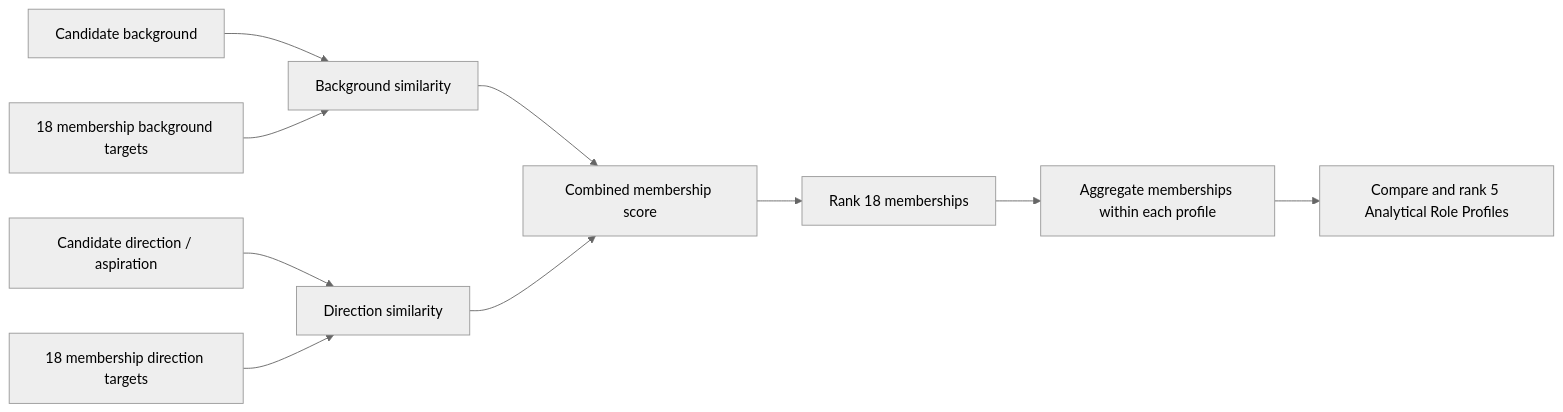
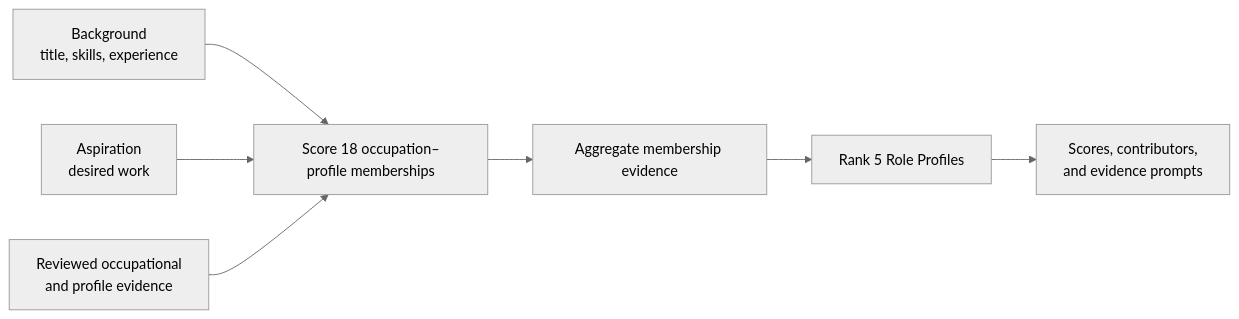
One commit to 813P/career-decision-support-system changed the diagram in README.md. Above: the diagram before and after it, drawn with Mermaid (neutral theme). The commit also changed other lines of this file and 2 other files, not shown here.

````diff
--- a/README.md
+++ b/README.md
@@ -43,12 +26,9 @@
 ```mermaid
 flowchart LR
-    B[Candidate background] --> BS[Background similarity]
-    BT[18 membership background targets] --> BS
-    D[Candidate direction / aspiration] --> DS[Direction similarity]
-    DT[18 membership direction targets] --> DS
-    BS --> M[Combined membership score]
-    DS --> M
-    M --> R[Rank 18 memberships]
-    R --> A[Aggregate memberships within each profile]
-    A --> O[Compare and rank 5 Analytical Role Profiles]
+    B[Background<br/>title, skills, experience] --> M[Score 18 occupation–profile memberships]
+    D[Aspiration<br/>desired work] --> M
+    E[Reviewed occupational<br/>and profile evidence] --> M
+    M --> A[Aggregate membership evidence]
+    A --> R[Rank 5 Role Profiles]
+    R --> O[Scores, contributors,<br/>and evidence prompts]
 ```
````
